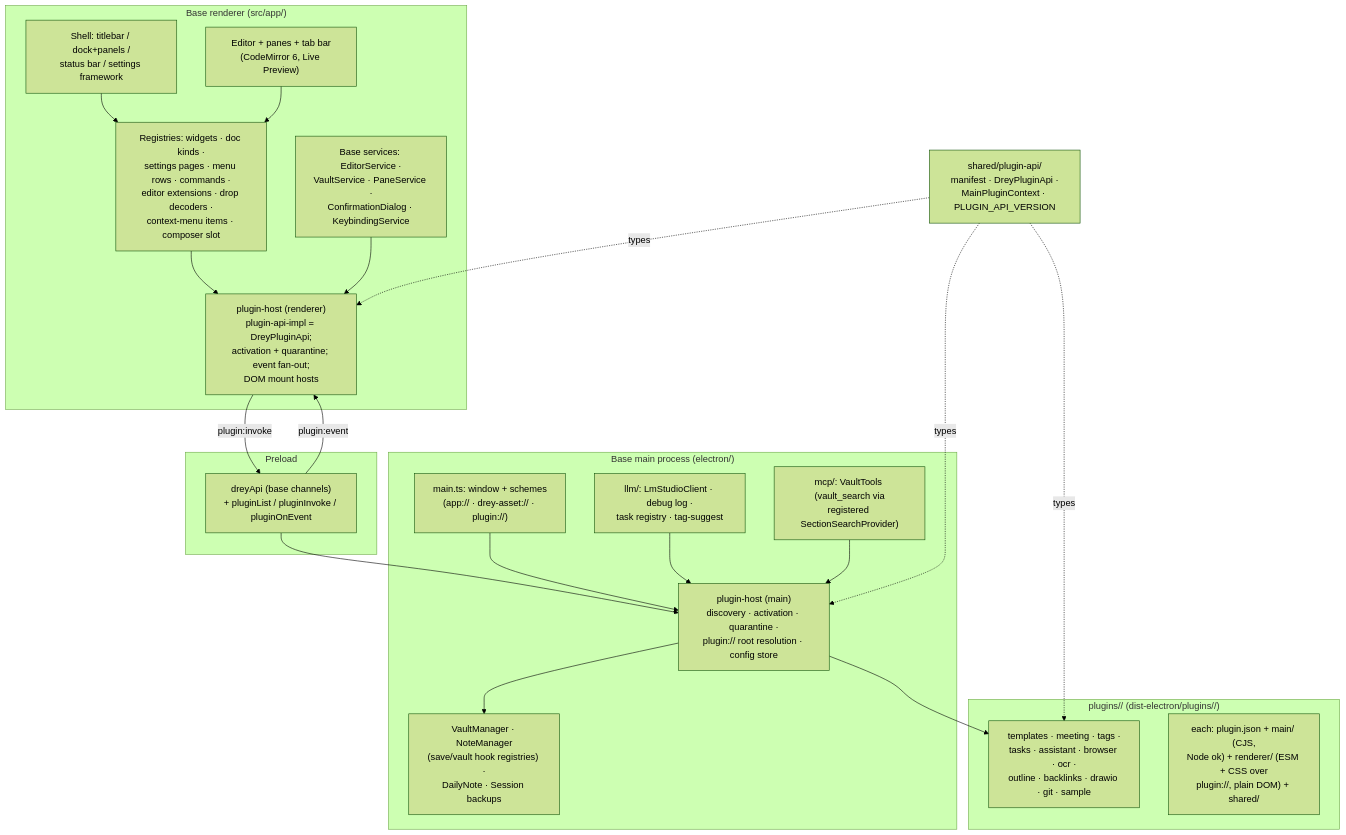
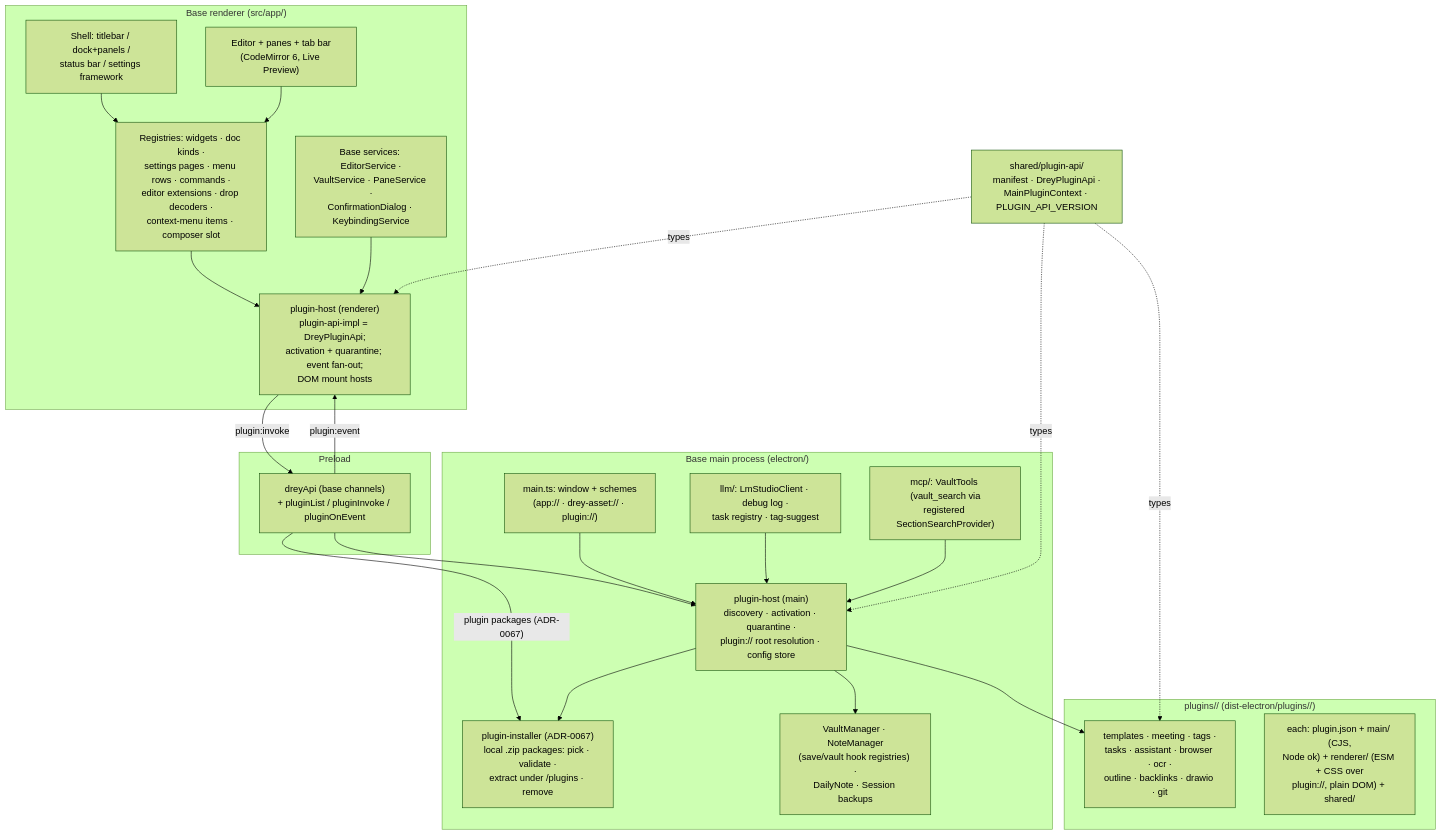
Before and after one commit to HenrikPuls/Drey: the first of 4 diagrams in docs/05_building_block_view.md, drawn with Mermaid (forest theme). The commit also changed other lines of this file and 27 other files, not shown here.

````diff
--- a/docs/05_building_block_view.md
+++ b/docs/05_building_block_view.md
@@ -115,41 +122,44 @@
 ```mermaid
 graph TB
     subgraph PR["Base renderer (src/app/)"]
         Shell["Shell: titlebar / dock+panels /<br/>status bar / settings framework"]
         Editor["Editor + panes + tab bar<br/>(CodeMirror 6, Live Preview)"]
         Registries["Registries: widgets · doc kinds ·<br/>settings pages · menu rows · commands ·<br/>editor extensions · drop decoders ·<br/>context-menu items · composer slot"]
         HostR["plugin-host (renderer)<br/>plugin-api-impl = DreyPluginApi;<br/>activation + quarantine; event fan-out;<br/>DOM mount hosts"]
         Services["Base services: EditorService ·<br/>VaultService · PaneService ·<br/>ConfirmationDialog · KeybindingService"]
     end
     subgraph Preload["Preload"]
         Bridge["dreyApi (base channels)<br/>+ pluginList / pluginInvoke / pluginOnEvent"]
     end
     subgraph Main["Base main process (electron/)"]
         MainTs["main.ts: window + schemes<br/>(app:// · drey-asset:// · plugin://)"]
         HostM["plugin-host (main)<br/>discovery · activation · quarantine ·<br/>plugin:// root resolution · config store"]
+        Installer["plugin-installer (ADR-0067)<br/>local .zip packages: pick · validate ·<br/>extract under <userData>/plugins · remove"]
         IO["VaultManager · NoteManager<br/>(save/vault hook registries) ·<br/>DailyNote · Session backups"]
         LLM["llm/: LmStudioClient · debug log ·<br/>task registry · tag-suggest"]
         MCP["mcp/: VaultTools (vault_search via<br/>registered SectionSearchProvider)"]
     end
     subgraph Plugins["plugins/<id>/  (dist-electron/plugins/<id>/)"]
-        P1["templates · meeting · tags ·<br/>tasks · assistant · browser · ocr ·<br/>outline · backlinks · drawio · git · sample"]
+        P1["templates · meeting · tags ·<br/>tasks · assistant · browser · ocr ·<br/>outline · backlinks · drawio · git"]
         P2["each: plugin.json + main/ (CJS,<br/>Node ok) + renderer/ (ESM + CSS over<br/>plugin://, plain DOM) + shared/"]
     end
     SDK["shared/plugin-api/<br/>manifest · DreyPluginApi ·<br/>MainPluginContext · PLUGIN_API_VERSION"]
 
     Shell --> Registries
     Registries --> HostR
     Editor --> Registries
     HostR -->|"plugin:invoke"| Bridge
     Bridge -->|"plugin:event"| HostR
     Bridge --> HostM
+    Bridge -->|"plugin packages (ADR-0067)"| Installer
     HostM --> P1
     MainTs --> HostM
     HostM --> IO
+    HostM --> Installer
     Services --> HostR
     LLM --> HostM
     MCP --> HostM
     SDK -.->|types| HostR
     SDK -.->|types| HostM
     SDK -.->|types| P1
 ```
````
